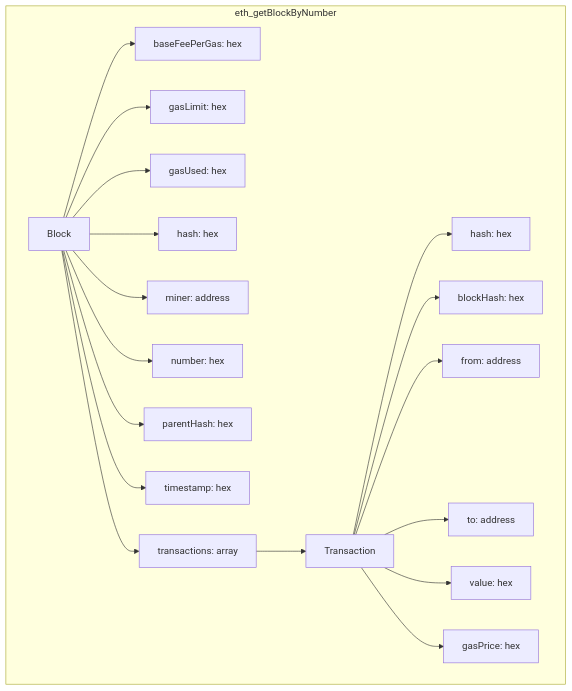
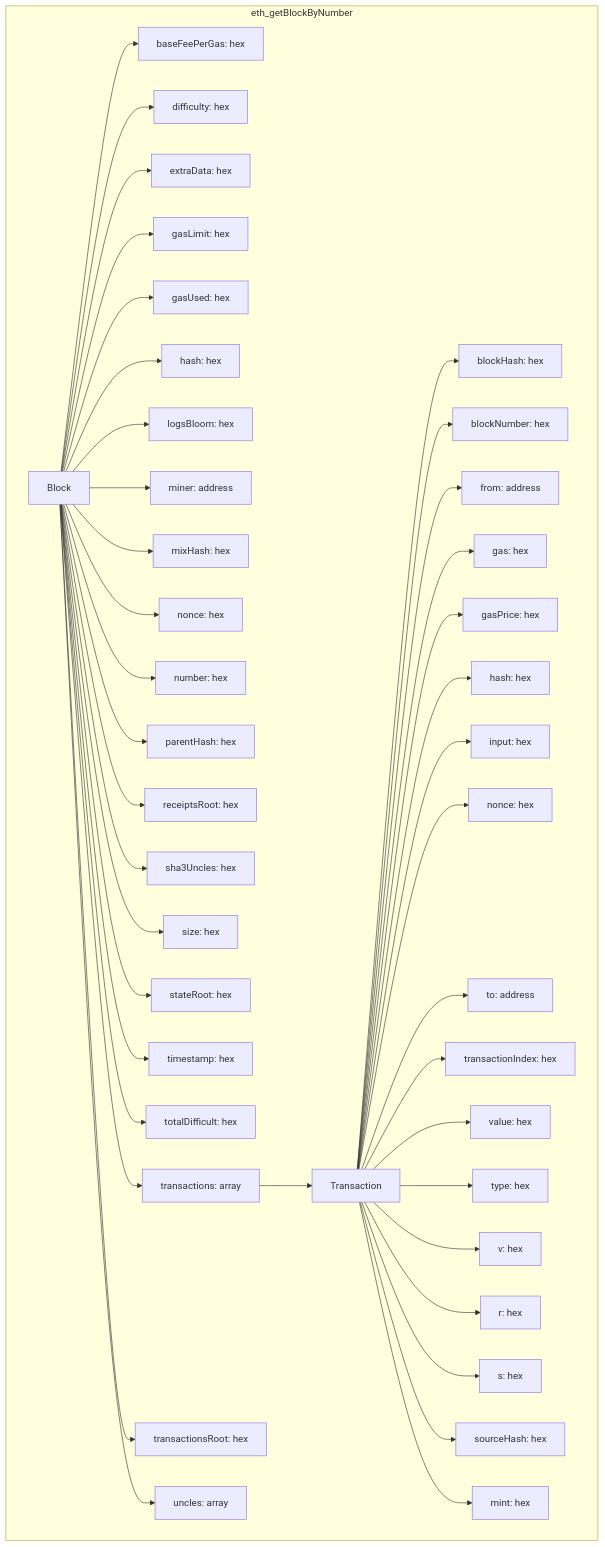
Before and after one commit to mportdata/evm-data-model: the diagram in models/01_bronze/eth_getBlockByNumber.md, drawn with Mermaid.

Commit message:
finished eth_getBlockByNumber model

````diff
--- a/models/01_bronze/eth_getBlockByNumber.md
+++ b/models/01_bronze/eth_getBlockByNumber.md
@@ -1,22 +1,45 @@
 ```mermaid
 graph TD
     subgraph eth_getBlockByNumber
         Block[Block] --> BaseFee[baseFeePerGas: hex]
+        Block --> Difficulty[difficulty: hex]
+        Block --> ExtraData[extraData: hex]
         Block --> GasLimit[gasLimit: hex]
         Block --> GasUsed[gasUsed: hex]
         Block --> Hash[hash: hex]
+        Block --> LogsBloom[logsBloom: hex]
         Block --> Miner[miner: address]
+        Block --> MixHash[mixHash: hex]
+        Block --> Nonce[nonce: hex]
         Block --> Number[number: hex]
         Block --> ParentHash[parentHash: hex]
+        Block --> ReceiptsRoot[receiptsRoot: hex]
+        Block --> Sha3Uncles[sha3Uncles: hex]
+        Block --> Size[size: hex]
+        Block --> StateRoot[stateRoot: hex]
         Block --> Timestamp[timestamp: hex]
+        Block --> TotalDifficulty[totalDifficult: hex]
         Block --> Txs[transactions: array]
+        Block --> TxsRoot[transactionsRoot: hex]
+        Block --> Uncles[uncles: array]
 
         Txs --> Tx[Transaction]
+        Tx --> BlockHash[blockHash: hex]
+        Tx --> BlockNumber[blockNumber: hex]
+        Tx --> From[from: address]
+        Tx --> Gas[gas: hex]
+        Tx --> GasPrice[gasPrice: hex]
         Tx --> TxHash[hash: hex]
-        Tx --> TxBlock[blockHash: hex]
-        Tx --> From[from: address]
+        Tx --> Input[input: hex]
+        Tx --> TxNonce[nonce: hex]
         Tx --> To[to: address]
+        Tx --> TxIndex[transactionIndex: hex]
         Tx --> Value[value: hex]
-        Tx --> GasPrice[gasPrice: hex]
+        Tx --> Type[type: hex]
+        Tx --> V[v: hex]
+        Tx --> R[r: hex]
+        Tx --> S[s: hex]
+        Tx --> SourceHash[sourceHash: hex]
+        Tx --> Mint[mint: hex]
     end
 ```
````
